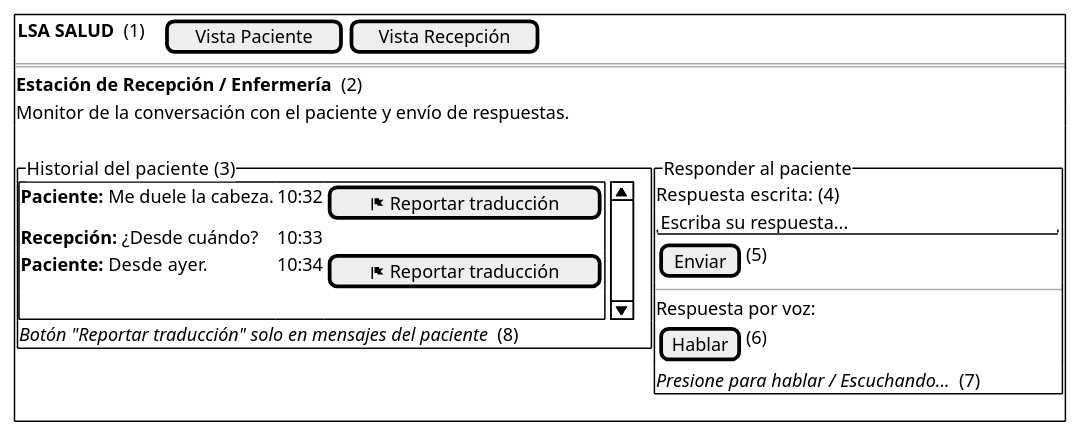
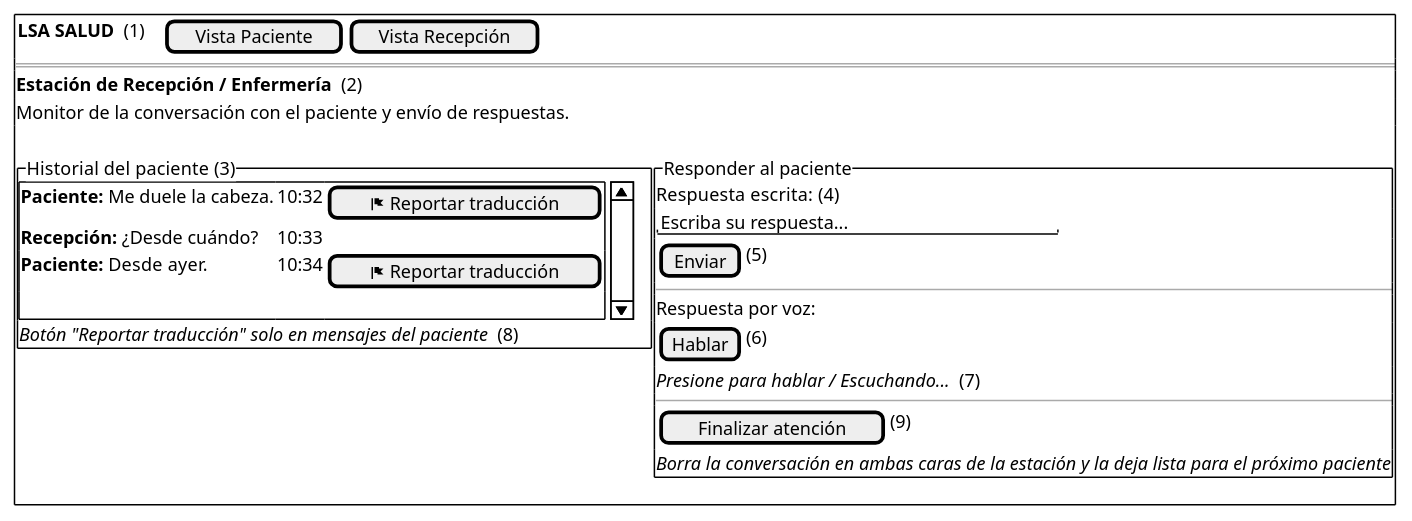
Before and after one commit to santinohamada/Nexora: the diagram in docs/diagramas/04_mockup_p03_recepcion.puml, drawn with PlantUML. The commit also changed 43 other files, not shown here.

```diff
--- a/docs/diagramas/04_mockup_p03_recepcion.puml
+++ b/docs/diagramas/04_mockup_p03_recepcion.puml
@@ -1,28 +1,31 @@
 @startsalt 04_mockup_p03_recepcion
 {+
   { <b>LSA SALUD</b>  (1) | . | . | [Vista Paciente] | [Vista Recepción] }
   ==
   <b>Estación de Recepción / Enfermería</b>  (2)
   Monitor de la conversación con el paciente y envío de respuestas.
   .
   {
     {^"Historial del paciente  (3)"
       {SI
         <b>Paciente:</b> Me duele la cabeza.    | 10:32 | [<&flag> Reportar traducción]
         <b>Recepción:</b> ¿Desde cuándo?        | 10:33 | .
         <b>Paciente:</b> Desde ayer.            | 10:34 | [<&flag> Reportar traducción]
         .                                       | .     | .
       }
       <i>Botón "Reportar traducción" solo en mensajes del paciente</i>  (8)
     } | {^"Responder al paciente"
       Respuesta escrita:  (4)
       "Escriba su respuesta...          "
       { [Enviar] | (5) }
       --
       Respuesta por voz:
       { [Hablar] | (6) }
       <i>Presione para hablar / Escuchando...</i>  (7)
+      --
+      { [Finalizar atención] | (9) }
+      <i>Borra la conversación en ambas caras de la estación y la deja lista para el próximo paciente</i>
     }
   }
 }
 @endsalt
```
